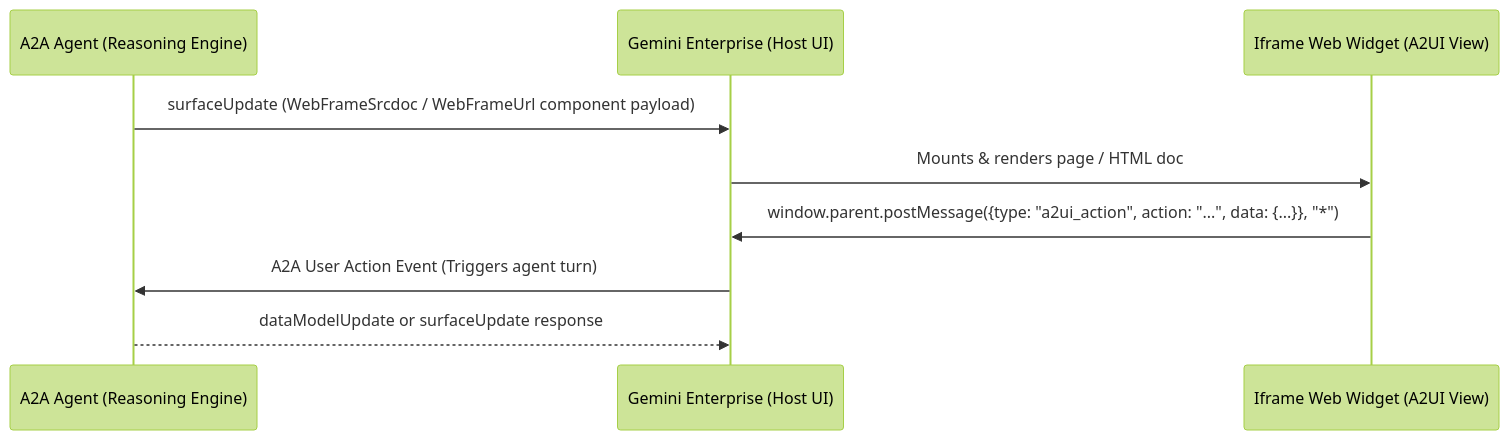
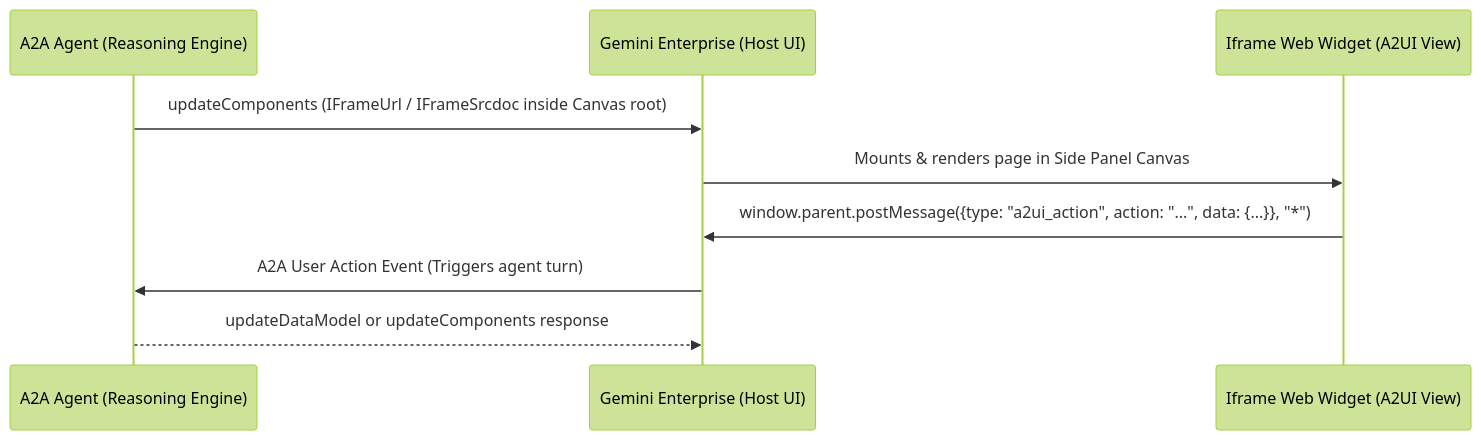
The diagram in a2ui_iframe_developer/SKILL.md (VeerMuchandi/rad-skills), drawn with Mermaid (forest theme) before and after one commit. The commit also changed other lines of this file and 11 other files, not shown here.

````diff
--- a/a2ui_iframe_developer/SKILL.md
+++ b/a2ui_iframe_developer/SKILL.md
@@ -16,12 +16,12 @@
 ```mermaid
 sequenceDiagram
     participant Agent as A2A Agent (Reasoning Engine)
     participant Host as Gemini Enterprise (Host UI)
     participant Iframe as Iframe Web Widget (A2UI View)
 
-    Agent->>Host: surfaceUpdate (WebFrameSrcdoc / WebFrameUrl component payload)
-    Host->>Iframe: Mounts & renders page / HTML doc
+    Agent->>Host: updateComponents (IFrameUrl / IFrameSrcdoc inside Canvas root)
+    Host->>Iframe: Mounts & renders page in Side Panel Canvas
     Iframe->>Host: window.parent.postMessage({type: "a2ui_action", action: "...", data: {...}}, "*")
     Host->>Agent: A2A User Action Event (Triggers agent turn)
-    Agent-->>Host: dataModelUpdate or surfaceUpdate response
+    Agent-->>Host: updateDataModel or updateComponents response
 ```
````
